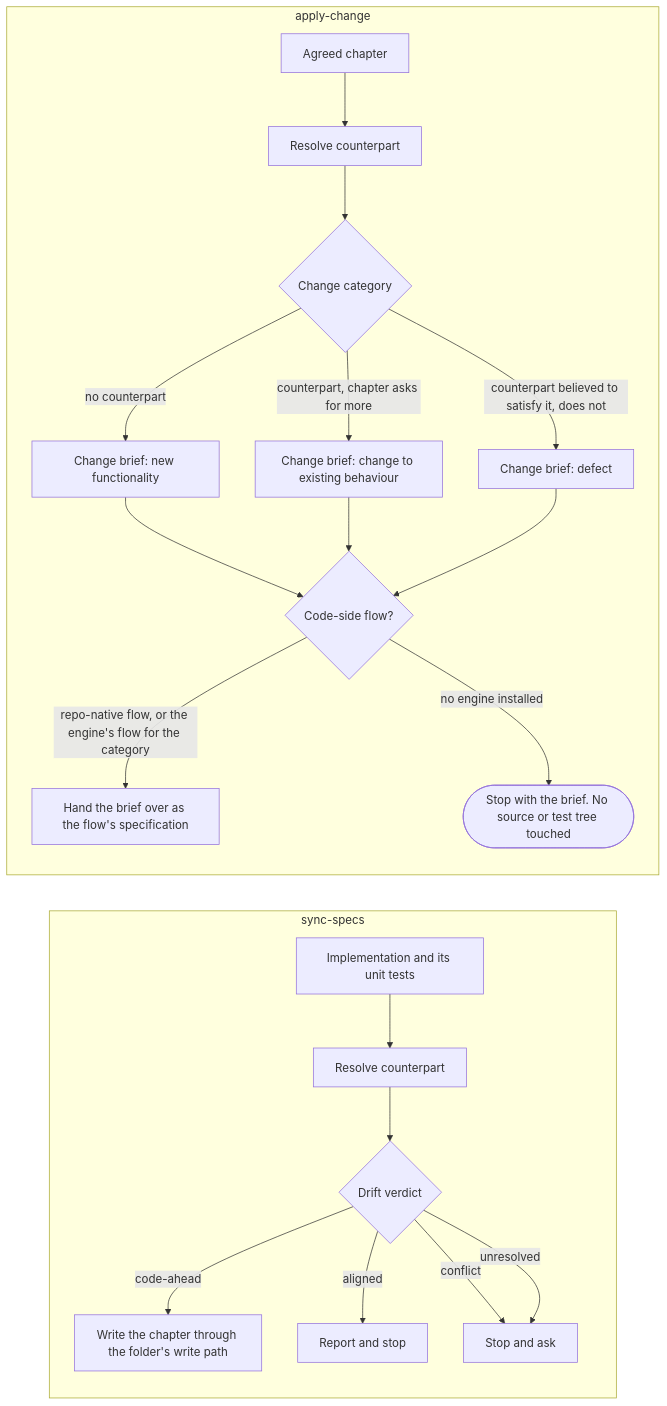
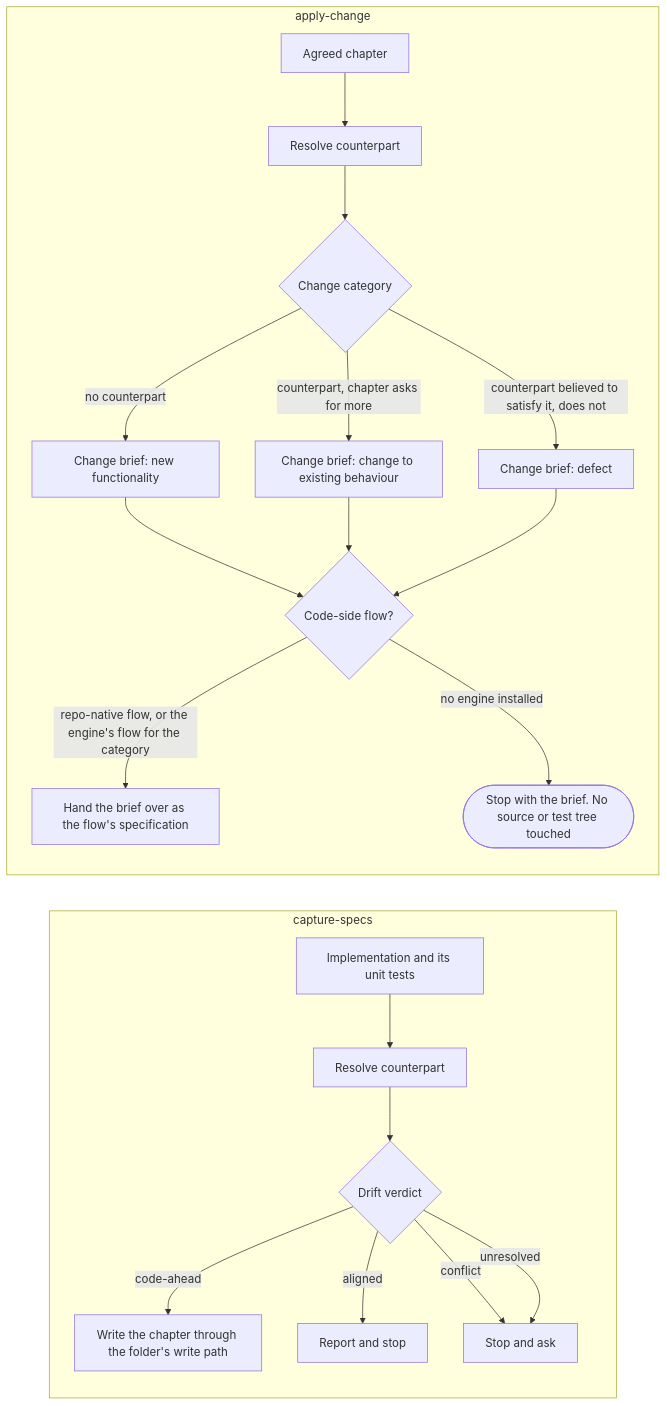
Before and after one commit to JSdotNet/devbook: the fourth of 4 diagrams in .devbook/arc42/building-blocks/devbook.md, drawn with Mermaid. The commit also changed other lines of this file and 21 other files, not shown here.

First line of the commit message:
devbook: sync-specs becomes capture-specs

````diff
--- a/.devbook/arc42/building-blocks/devbook.md
+++ b/.devbook/arc42/building-blocks/devbook.md
@@ -663,24 +671,24 @@
 ```mermaid
 flowchart LR
-    subgraph capture["sync-specs"]
+    subgraph capture["capture-specs"]
         code["Implementation and its unit tests"] --> resolveA["Resolve counterpart"]
         resolveA --> verdictA{"Drift verdict"}
         verdictA -->|"code-ahead"| write["Write the chapter through the folder's write path"]
         verdictA -->|"aligned"| noop["Report and stop"]
         verdictA -->|"conflict"| ask["Stop and ask"]
         verdictA -->|"unresolved"| ask
     end
 
     subgraph build["apply-change"]
         chapter["Agreed chapter"] --> resolveB["Resolve counterpart"]
         resolveB --> category{"Change category"}
         category -->|"no counterpart"| brief["Change brief: new functionality"]
         category -->|"counterpart, chapter asks for more"| brief2["Change brief: change to existing behaviour"]
         category -->|"counterpart believed to satisfy it, does not"| brief3["Change brief: defect"]
         brief --> route{"Code-side flow?"}
         brief2 --> route
         brief3 --> route
         route -->|"repo-native flow, or the engine's flow for the category"| handoff["Hand the brief over as the flow's specification"]
         route -->|"no engine installed"| stop(["Stop with the brief. No source or test tree touched"])
     end
 ```
````
